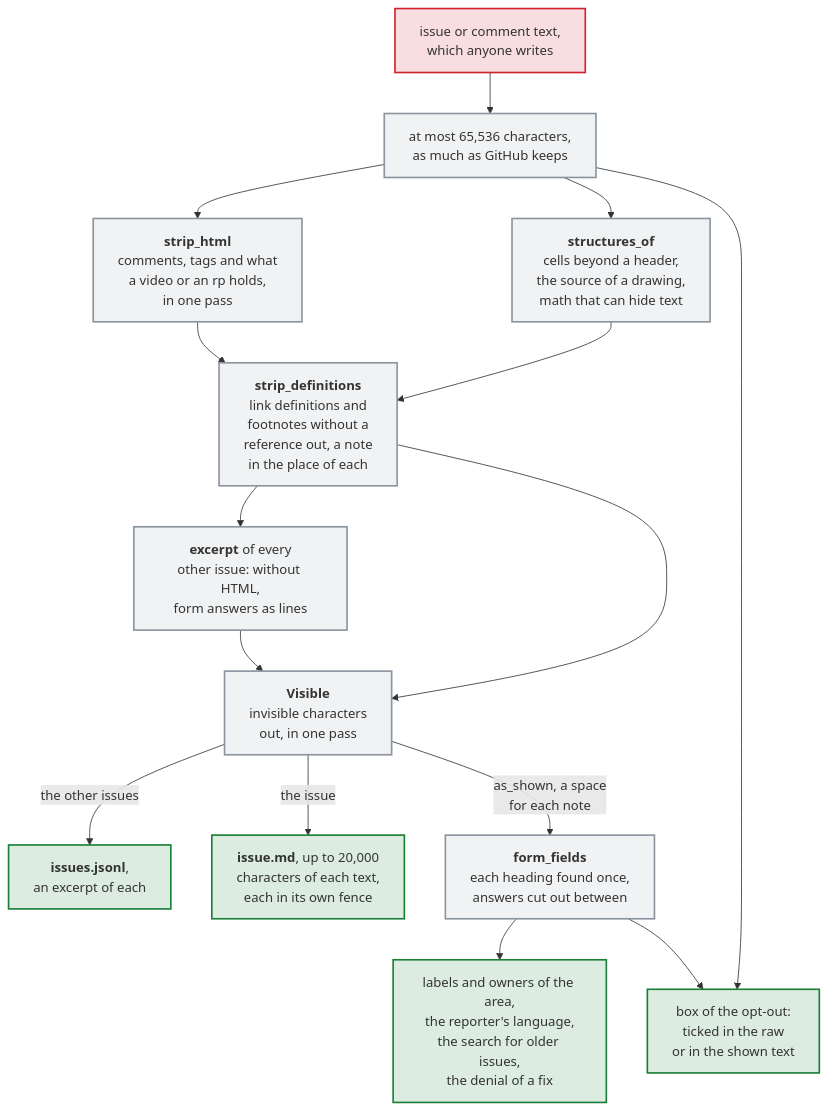
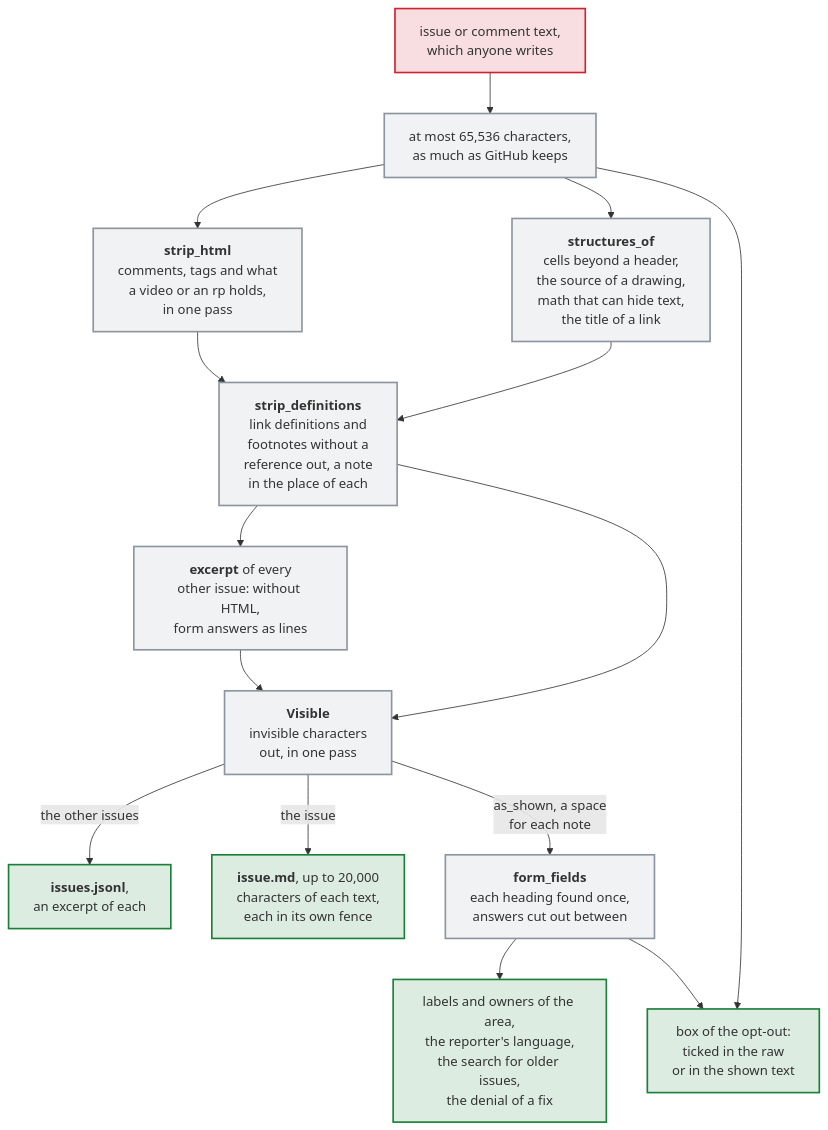
Before and after one commit to Dennis-Otto/issue-assistant: the diagram in docs/diagrams/how-the-assistant-reads-the-text-of-an-issue.mmd, drawn with Mermaid. The commit also changed 19 other files, not shown here.

First line of the commit message:
fix(context): the AI no longer reads the title of a link or an image (#510)

```diff
--- a/docs/diagrams/how-the-assistant-reads-the-text-of-an-issue.mmd
+++ b/docs/diagrams/how-the-assistant-reads-the-text-of-an-issue.mmd
@@ -1,23 +1,23 @@
 flowchart TB
   accTitle: How the assistant reads the text of an issue
-  accDescr: The text of an issue or a comment, which anyone can write, is read up to GitHub's 65,536 characters. The HTML goes first, comments and tags in one pass, with what a video or the brackets of ruby hold, which no browser shows, and with the footnotes where GitHub hides the rest of the text; beside it, from the same text, the cells beyond the header of a table, the source of a diagram, a map or a 3D model and math that can hide text, each with a note in its place; what either takes out goes. Then the link reference definitions and the footnotes without a reference, which GitHub shows as nothing as well, each with a note in its place, for issue.md and for an excerpt of each other issue, whose form answers then become lines. Then the characters that GitHub shows as nothing go, in one pass, after the HTML, so that none can end an HTML comment that GitHub never ends. The excerpts go into issues.jsonl, and issue.md holds up to 20,000 characters of each text in a code fence that the text can't close. What the assistant decides from the reporter's words, the labels and owners of the area, the reporter's language, the search for older issues and the denial of a fix, it decides from this same shown text, with a space in the place of each note, whose form answers are cut out between their headings, which are found once. Only the box of the opt-out reads the raw text as well: it counts as ticked when it is ticked in the raw or in the shown text.
+  accDescr: The text of an issue or a comment, which anyone can write, is read up to GitHub's 65,536 characters. The HTML goes first, comments and tags in one pass, with what a video or the brackets of ruby hold, which no browser shows, and with the footnotes where GitHub hides the rest of the text; beside it, from the same text, the cells beyond the header of a table, the source of a diagram, a map or a 3D model and math that can hide text, each with a note in its place, and the title of a link or an image, which the page shows only on hover, with nothing in its place; what either takes out goes. Then the link reference definitions and the footnotes without a reference, which GitHub shows as nothing as well, each with a note in its place, for issue.md and for an excerpt of each other issue, whose form answers then become lines. Then the characters that GitHub shows as nothing go, in one pass, after the HTML, so that none can end an HTML comment that GitHub never ends. The excerpts go into issues.jsonl, and issue.md holds up to 20,000 characters of each text in a code fence that the text can't close. What the assistant decides from the reporter's words, the labels and owners of the area, the reporter's language, the search for older issues and the denial of a fix, it decides from this same shown text, with a space in the place of each note, whose form answers are cut out between their headings, which are found once. Only the box of the opt-out reads the raw text as well: it counts as ticked when it is ticked in the raw or in the shown text.
   text["issue or comment text,<br>which anyone writes"] --> cap["at most 65,536 characters,<br>as much as GitHub keeps"]
   cap --> html["`**strip_html**<br>comments, tags and what<br>a video or an rp holds,<br>in one pass`"]
-  cap --> structures["`**structures_of**<br>cells beyond a header,<br>the source of a drawing,<br>math that can hide text`"]
+  cap --> structures["`**structures_of**<br>cells beyond a header,<br>the source of a drawing,<br>math that can hide text,<br>the title of a link`"]
   structures --> definitions
   html --> definitions["`**strip_definitions**<br>link definitions and<br>footnotes without a<br>reference out, a note<br>in the place of each`"]
   definitions --> excerpt["`**excerpt** of every<br>other issue: without HTML,<br>form answers as lines`"]
   definitions --> visible["`**Visible**<br>invisible characters<br>out, in one pass`"]
   excerpt --> visible
   visible -- "the other issues" --> jsonl["`**issues.jsonl**,<br>an excerpt of each`"]
   visible -- "the issue" --> issue["`**issue.md**, up to 20,000<br>characters of each text,<br>each in its own fence`"]
   visible -- "as_shown, a space<br>for each note" --> forms["`**form_fields**<br>each heading found once,<br>answers cut out between`"]
   forms --> event["labels and owners of the area,<br>the reporter's language,<br>the search for older issues,<br>the denial of a fix"]
   cap --> box["box of the opt-out:<br>ticked in the raw<br>or in the shown text"]
   forms --> box
   classDef untrusted fill:#cf222e26,stroke:#cf222e,stroke-width:2px
   classDef job fill:#8c959f1f,stroke:#8c959f,stroke-width:2px
   classDef safe fill:#1a7f3726,stroke:#1a7f37,stroke-width:2px
   class text untrusted
   class cap,forms,excerpt,html,structures,definitions,visible job
   class event,box,jsonl,issue safe
```
